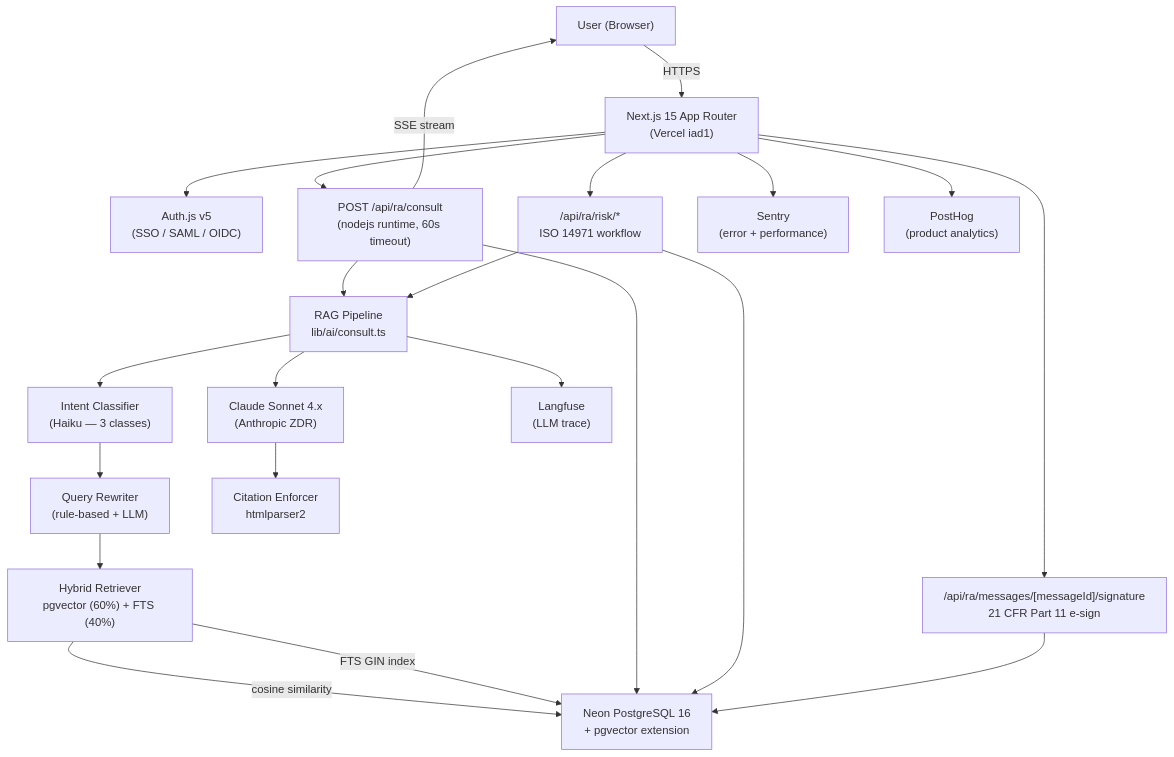
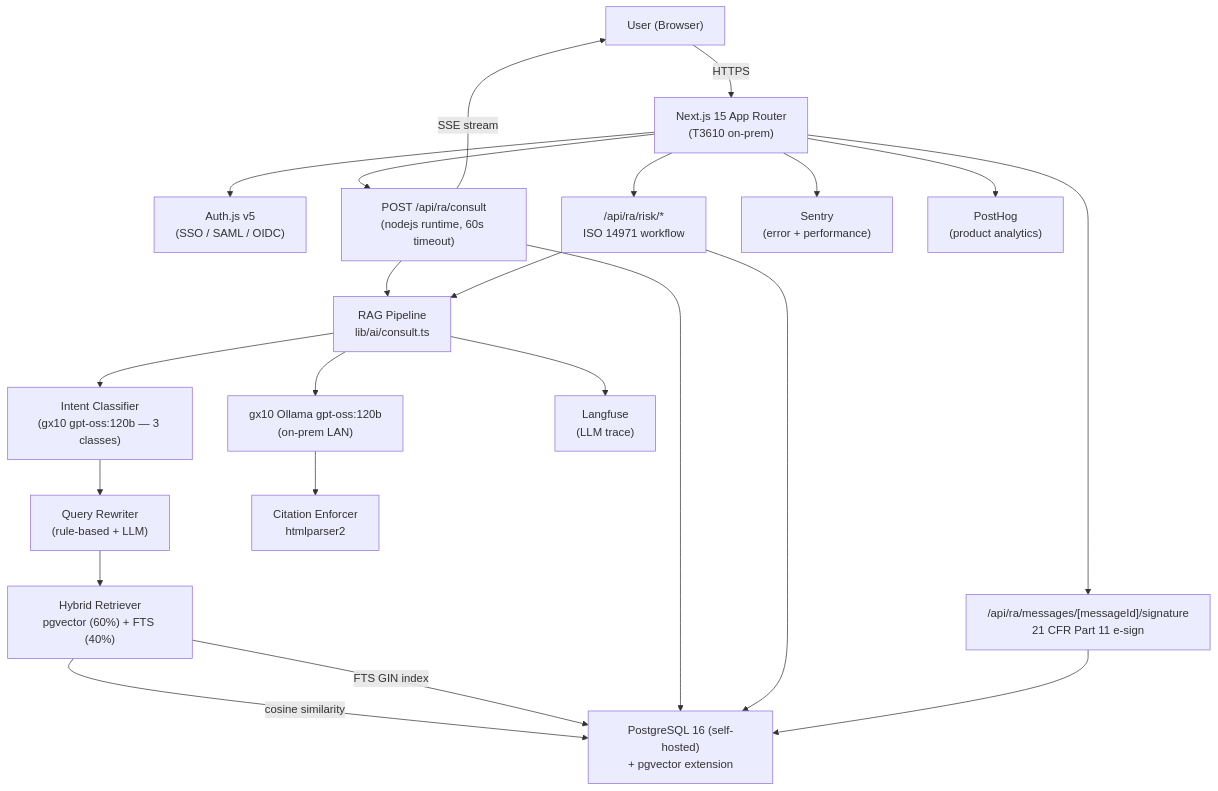
Before and after one commit to holee9/ra-med-bot: the first of 7 diagrams in docs/architecture.md, drawn with Mermaid. The commit also changed other lines of this file, not shown here.

First line of the commit message:
docs(architecture): stale 인프라 서술 정정 — Vercel/Neon/Anthropic/OpenAI → gx10 온프레미스 (#529)

````diff
--- a/docs/architecture.md
+++ b/docs/architecture.md
@@ -11,41 +20,41 @@
 ```mermaid
 graph TD
     User["User (Browser)"]
-    NextJS["Next.js 15 App Router\n(Vercel iad1)"]
+    NextJS["Next.js 15 App Router\n(T3610 on-prem)"]
     Auth["Auth.js v5\n(SSO / SAML / OIDC)"]
     ConsultAPI["POST /api/ra/consult\n(nodejs runtime, 60s timeout)"]
     RiskAPI["/api/ra/risk/*\nISO 14971 workflow"]
     SignatureAPI["/api/ra/messages/[messageId]/signature\n21 CFR Part 11 e-sign"]
     RAG["RAG Pipeline\nlib/ai/consult.ts"]
-    Intent["Intent Classifier\n(Haiku — 3 classes)"]
+    Intent["Intent Classifier\n(gx10 gpt-oss:120b — 3 classes)"]
     QueryRewrite["Query Rewriter\n(rule-based + LLM)"]
     Retriever["Hybrid Retriever\npgvector (60%) + FTS (40%)"]
-    LLM["Claude Sonnet 4.x\n(Anthropic ZDR)"]
+    LLM["gx10 Ollama gpt-oss:120b\n(on-prem LAN)"]
     CitationEnforce["Citation Enforcer\nhtmlparser2"]
-    DB["Neon PostgreSQL 16\n+ pgvector extension"]
+    DB["PostgreSQL 16 (self-hosted)\n+ pgvector extension"]
     Sentry["Sentry\n(error + performance)"]
     PostHog["PostHog\n(product analytics)"]
     Langfuse["Langfuse\n(LLM trace)"]
 
     User -->|HTTPS| NextJS
     NextJS --> Auth
     NextJS --> ConsultAPI
     NextJS --> RiskAPI
     NextJS --> SignatureAPI
     ConsultAPI --> RAG
     RAG --> Intent
     Intent --> QueryRewrite
     QueryRewrite --> Retriever
     Retriever -->|cosine similarity| DB
     Retriever -->|FTS GIN index| DB
     RAG --> LLM
     LLM --> CitationEnforce
     ConsultAPI -->|SSE stream| User
     ConsultAPI --> DB
     RiskAPI --> DB
     RiskAPI --> RAG
     SignatureAPI --> DB
     NextJS --> Sentry
     NextJS --> PostHog
     RAG --> Langfuse
 ```
````
